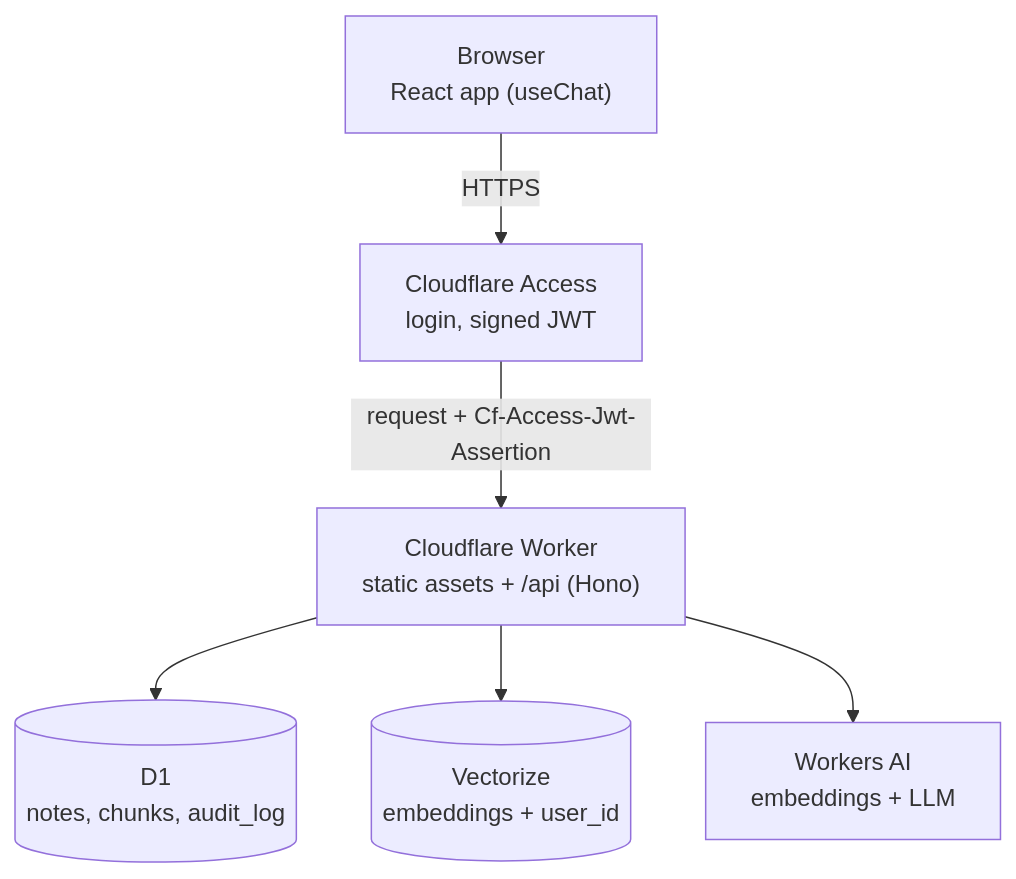
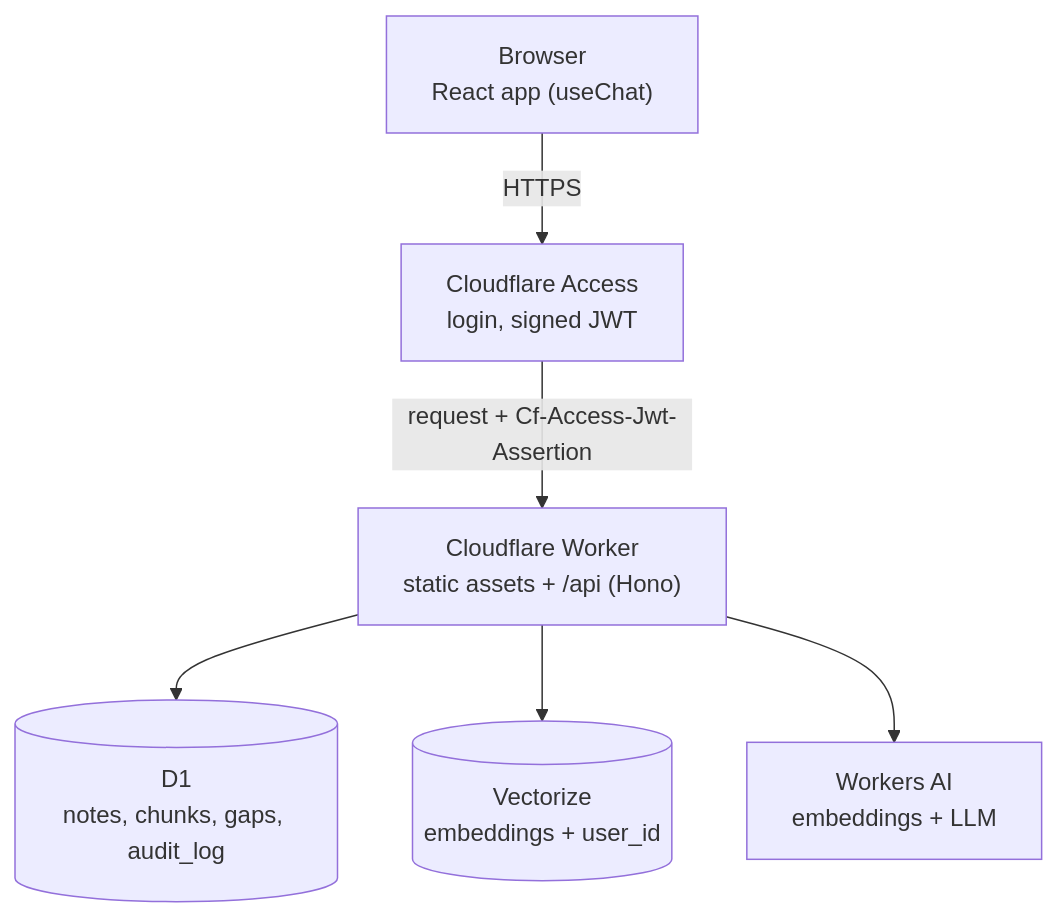
Before and after one commit to sohanfernando/cloudflare-notes-ai: the diagram in README.md, drawn with Mermaid. The commit also changed other lines of this file and 14 other files, not shown here.

Commit message:
Implement gaps feature to track unanswered questions and suggest notes

````diff
--- a/README.md
+++ b/README.md
@@ -19,15 +20,15 @@
 ```mermaid
 flowchart TD
     B["Browser<br/>React app (useChat)"]
     A["Cloudflare Access<br/>login, signed JWT"]
     W["Cloudflare Worker<br/>static assets + /api (Hono)"]
-    D[("D1<br/>notes, chunks, audit_log")]
+    D[("D1<br/>notes, chunks, gaps, audit_log")]
     V[("Vectorize<br/>embeddings + user_id")]
     AI["Workers AI<br/>embeddings + LLM"]
 
     B -->|HTTPS| A
     A -->|"request + Cf-Access-Jwt-Assertion"| W
     W --> D
     W --> V
     W --> AI
 ```
````
